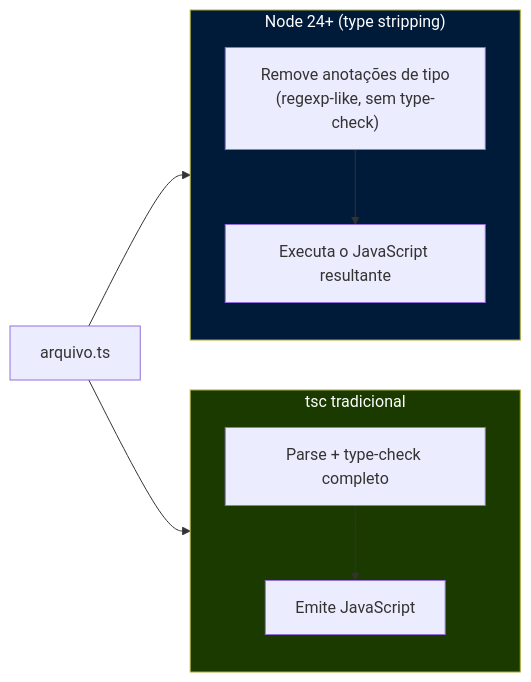
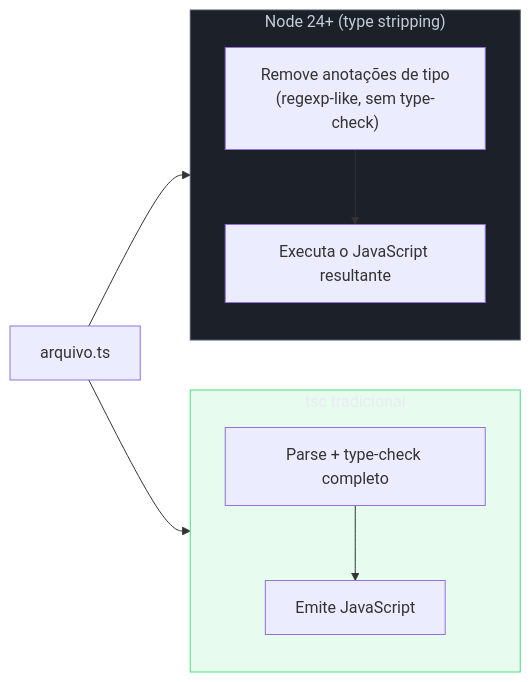
Before and after one commit to josenaldo/codex-technomanticus: the seventh of 7 diagrams in 03-Dominios/Tecnologia/TypeScript/21 - Modules - ESM, CJS e type-only imports.md, drawn with Mermaid. The commit also changed other lines of this file and 1181 other files, not shown here.

First line of the commit message:
fix(diagramas): paleta do sistema no lugar de cor cravada no markdown

````diff
--- a/03-Dominios/Tecnologia/TypeScript/21 - Modules - ESM, CJS e type-only imports.md
+++ b/03-Dominios/Tecnologia/TypeScript/21 - Modules - ESM, CJS e type-only imports.md
@@ -578,22 +587,24 @@
 ```mermaid
 flowchart LR
+    classDef neutro fill:#1B2029,stroke:#4E5666,color:#C6CCD8
+    classDef ok fill:#4ADE8021,stroke:#4ADE80,color:#E9ECF2
     TS_FILE["arquivo.ts"]
 
     subgraph NODE24["Node 24+ (type stripping)"]
         STRIP["Remove anotações de tipo\n(regexp-like, sem type-check)"]
         RUN["Executa o JavaScript resultante"]
         STRIP --> RUN
     end
 
     subgraph TSC["tsc tradicional"]
         PARSE["Parse + type-check completo"]
         EMIT_JS["Emite JavaScript"]
         PARSE --> EMIT_JS
     end
 
     TS_FILE --> NODE24
     TS_FILE --> TSC
 
-    style NODE24 fill:#001a3a,color:#fff
-    style TSC fill:#1a3a00,color:#fff
+    class NODE24 neutro
+    class TSC ok
 ```
````
